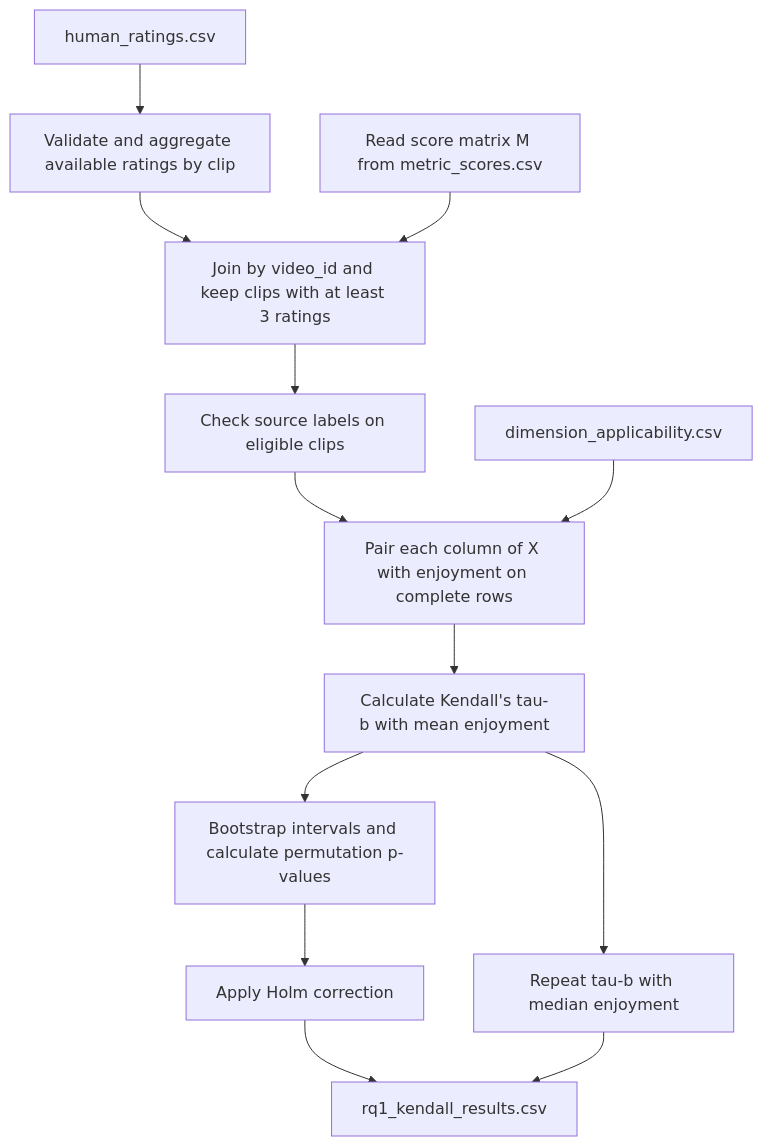
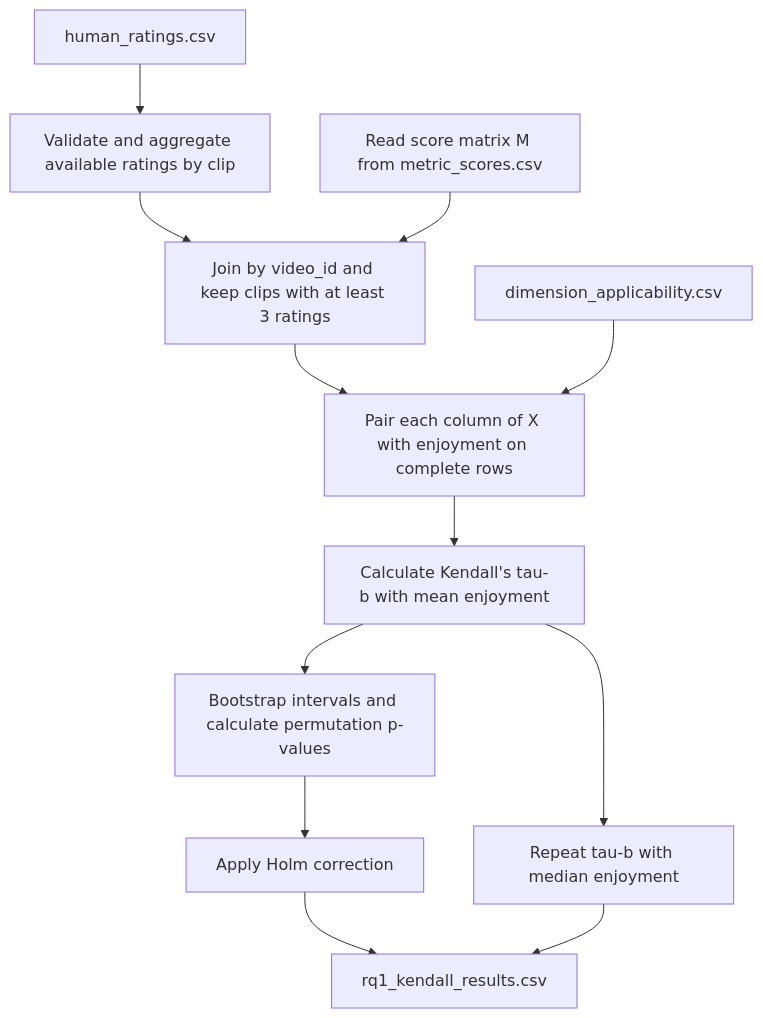
One commit to DraPraks/glupov changed the second of 2 diagrams in docs/rq1_summary.md. Above: the diagram before and after it, drawn with Mermaid. The commit also changed other lines of this file and 7 other files, not shown here.

````diff
--- a/docs/rq1_summary.md
+++ b/docs/rq1_summary.md
@@ -37,15 +37,14 @@
 ```mermaid
 flowchart TD
     ratings["human_ratings.csv"] --> summary["Validate and aggregate available ratings by clip"]
     summary --> joined["Join by video_id and keep clips with at least 3 ratings"]
     metrics["Read score matrix M from metric_scores.csv"] --> joined
-    joined --> sources["Check source labels on eligible clips"]
-    sources --> pairs["Pair each column of X with enjoyment on complete rows"]
+    joined --> pairs["Pair each column of X with enjoyment on complete rows"]
     applicability["dimension_applicability.csv"] --> pairs
     pairs --> tau["Calculate Kendall's tau-b with mean enjoyment"]
     tau --> inference["Bootstrap intervals and calculate permutation p-values"]
     inference --> holm["Apply Holm correction"]
     tau --> median["Repeat tau-b with median enjoyment"]
     holm --> results["rq1_kendall_results.csv"]
     median --> results
 ```
````
